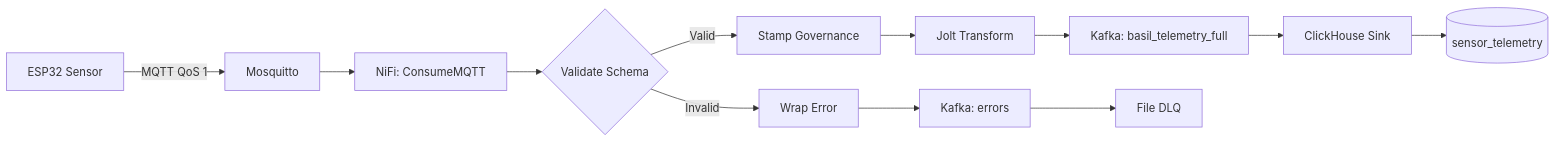
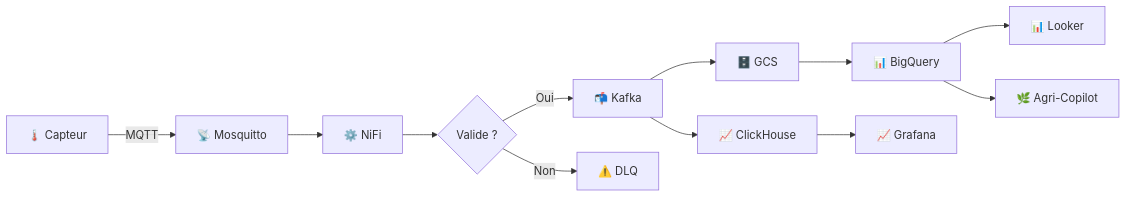
Before and after one commit to mounirjaouhari/Vertiflow: the first of 3 diagrams in README.md, drawn with Mermaid. The commit also changed other lines of this file and 35 other files, not shown here.

First line of the commit message:
feat: Restructuration README + Agri-Copilot Pro + GCP Integration

````diff
--- a/README.md
+++ b/README.md
@@ -200,14 +235,14 @@
 ```mermaid
 graph LR
-    A[ESP32 Sensor] -->|MQTT QoS 1| B[Mosquitto]
-    B --> C[NiFi: ConsumeMQTT]
-    C --> D{Validate Schema}
-    D -->|Valid| E[Stamp Governance]
-    D -->|Invalid| F[Wrap Error]
-    E --> G[Jolt Transform]
-    G --> H[Kafka: basil_telemetry_full]
-    F --> I[Kafka: errors]
-    I --> J[File DLQ]
-    H --> K[ClickHouse Sink]
-    K --> L[(sensor_telemetry)]
+    A[🌡️ Capteur] -->|MQTT| B[📡 Mosquitto]
+    B --> C[⚙️ NiFi]
+    C --> D{Valide ?}
+    D -->|Oui| E[📬 Kafka]
+    D -->|Non| F[⚠️ DLQ]
+    E --> G[📈 ClickHouse]
+    E --> H[🗄️ GCS]
+    H --> I[📊 BigQuery]
+    G --> J[📈 Grafana]
+    I --> K[📊 Looker]
+    I --> L[🌿 Agri-Copilot]
 ```
````
